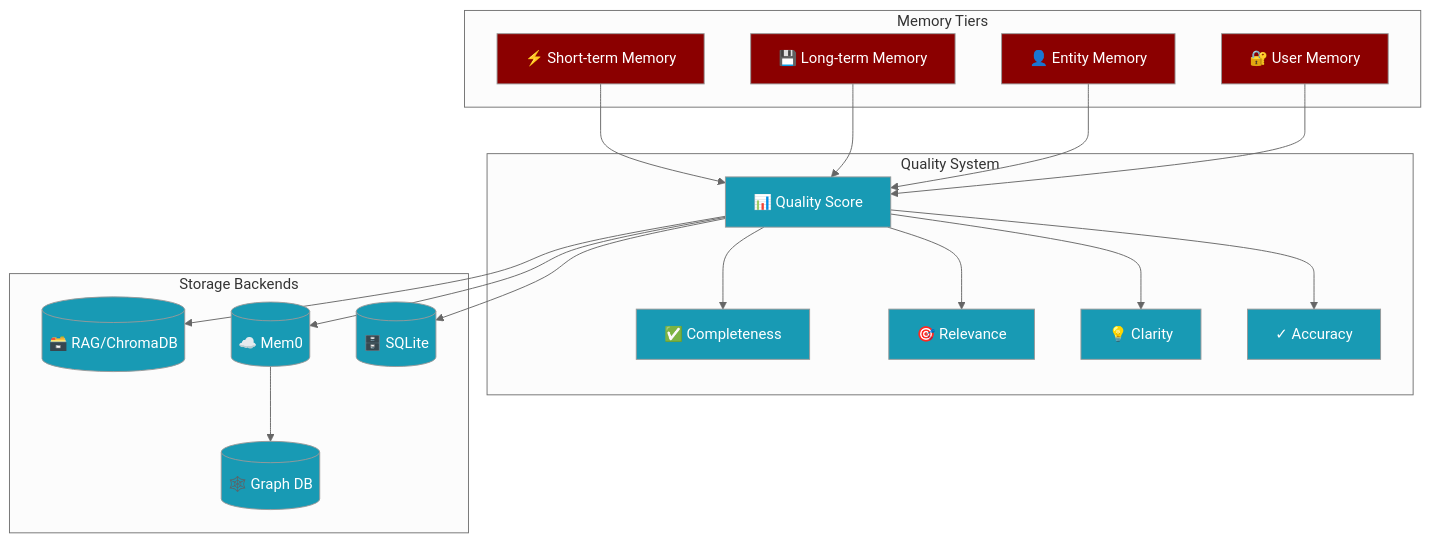
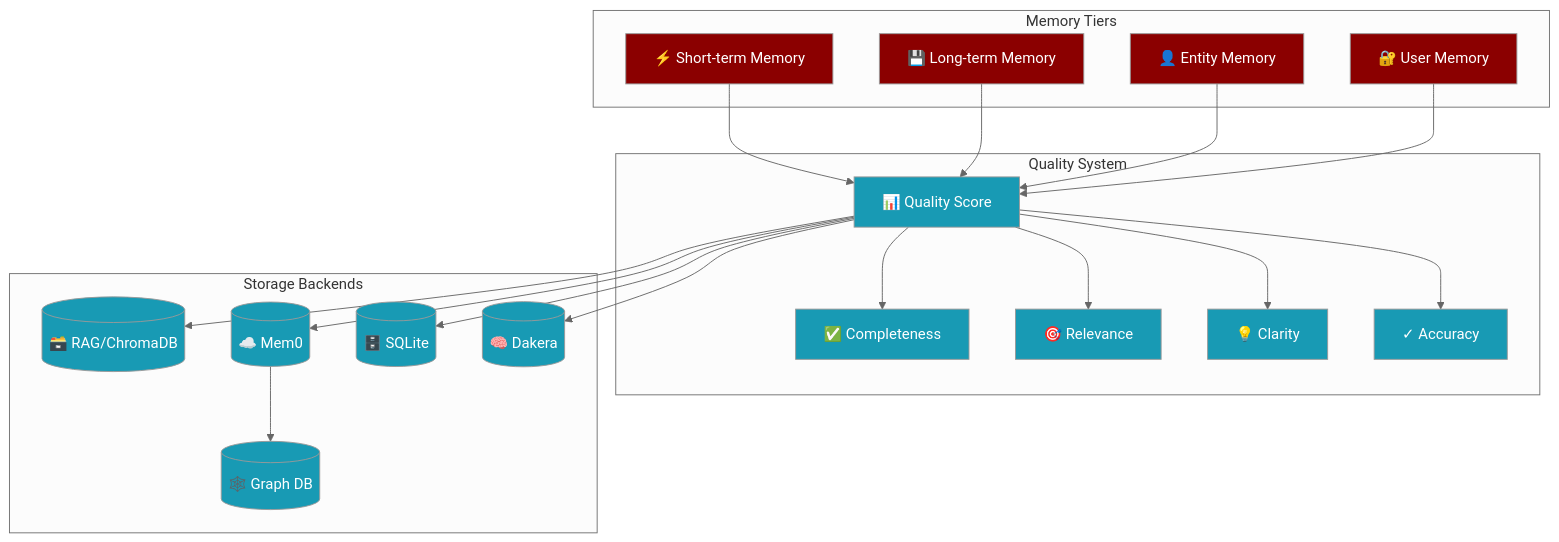
The first of 2 diagrams in docs/features/advanced-memory.mdx (MervinPraison/PraisonAIDocs), drawn with Mermaid (neutral theme) before and after one commit. The commit also changed other lines of this file and 8 other files, not shown here.

````diff
--- a/docs/features/advanced-memory.mdx
+++ b/docs/features/advanced-memory.mdx
@@ -23,45 +23,47 @@
 ```mermaid
 graph TB
     subgraph Memory Tiers
         STM[⚡ Short-term Memory]
         LTM[💾 Long-term Memory]
         ENT[👤 Entity Memory]
         USR[🔐 User Memory]
     end
     
     subgraph Quality System
         SCORE[📊 Quality Score]
         COMP[✅ Completeness]
         REL[🎯 Relevance]
         CLR[💡 Clarity]
         ACC[✓ Accuracy]
     end
     
     subgraph Storage Backends
         RAG[(🗃️ RAG/ChromaDB)]
         MEM0[(☁️ Mem0)]
         SQL[(🗄️ SQLite)]
         GRAPH[(🕸️ Graph DB)]
+        DAKERA[(🧠 Dakera)]
     end
     
     STM --> SCORE
     LTM --> SCORE
     ENT --> SCORE
     USR --> SCORE
     
     SCORE --> COMP
     SCORE --> REL
     SCORE --> CLR
     SCORE --> ACC
     
     SCORE --> RAG
     SCORE --> MEM0
     SCORE --> SQL
+    SCORE --> DAKERA
     MEM0 --> GRAPH
     
     classDef agent fill:#8B0000,color:#fff
     classDef tool fill:#189AB4,color:#fff
     
     class STM,LTM,ENT,USR agent
-    class SCORE,COMP,REL,CLR,ACC,RAG,MEM0,SQL,GRAPH tool
+    class SCORE,COMP,REL,CLR,ACC,RAG,MEM0,SQL,GRAPH,DAKERA tool
 ```
````
